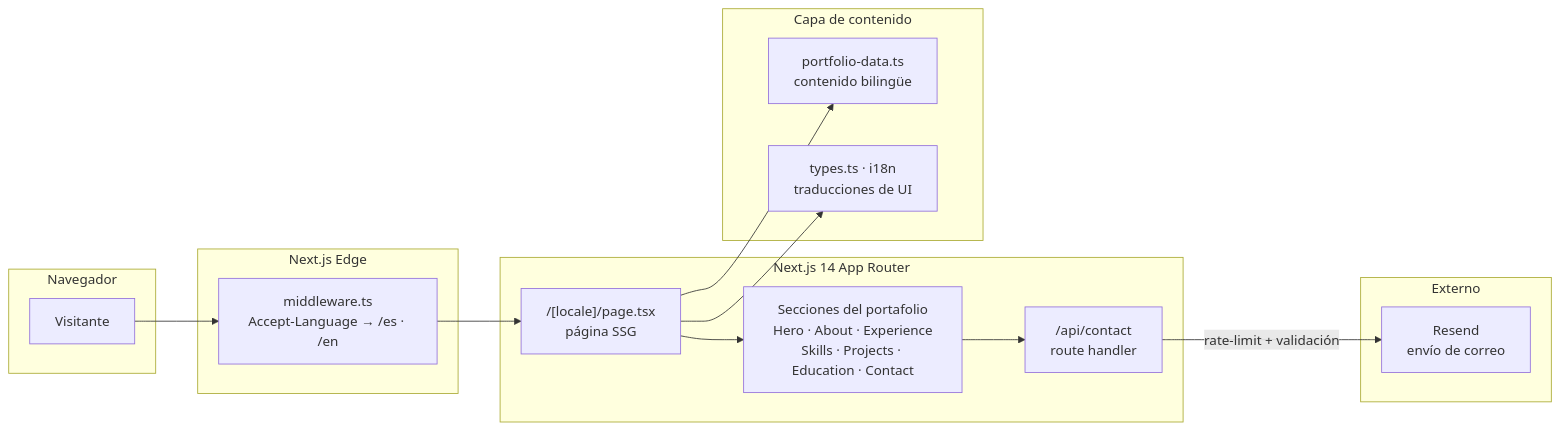
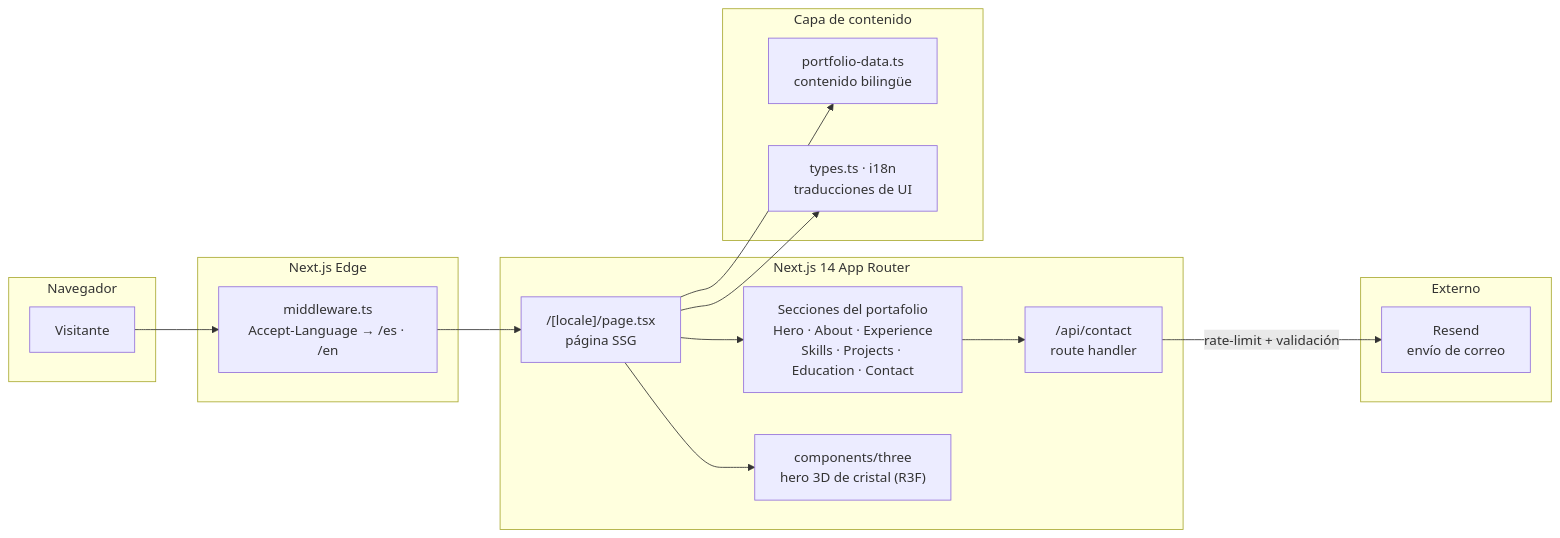
One commit to cdgutierrez6/portafolio-frontend changed the second of 2 diagrams in README.md. Above: the diagram before and after it, drawn with Mermaid. The commit also changed other lines of this file and 4 other files, not shown here.

````diff
--- a/README.md
+++ b/README.md
@@ -171,32 +168,34 @@
 ```mermaid
 flowchart LR
     subgraph Client["Navegador"]
         V[Visitante]
     end
 
     subgraph Edge["Next.js Edge"]
         MW["middleware.ts<br/>Accept-Language → /es · /en"]
     end
 
     subgraph App["Next.js 14 App Router"]
         LP["/[locale]/page.tsx<br/>página SSG"]
         SEC["Secciones del portafolio<br/>Hero · About · Experience<br/>Skills · Projects · Education · Contact"]
+        R3F["components/three<br/>hero 3D de cristal (R3F)"]
         API["/api/contact<br/>route handler"]
     end
 
     subgraph Data["Capa de contenido"]
         PD["portfolio-data.ts<br/>contenido bilingüe"]
         I18N["types.ts · i18n<br/>traducciones de UI"]
     end
 
     subgraph Ext["Externo"]
         RS["Resend<br/>envío de correo"]
     end
 
     V --> MW --> LP
     LP --> SEC
+    LP --> R3F
     LP --> PD
     LP --> I18N
     SEC --> API
     API -->|rate-limit + validación| RS
 ```
````
